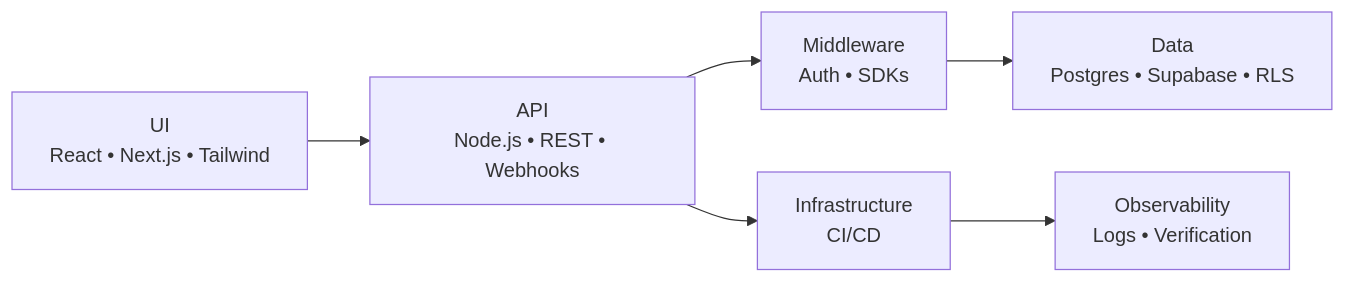
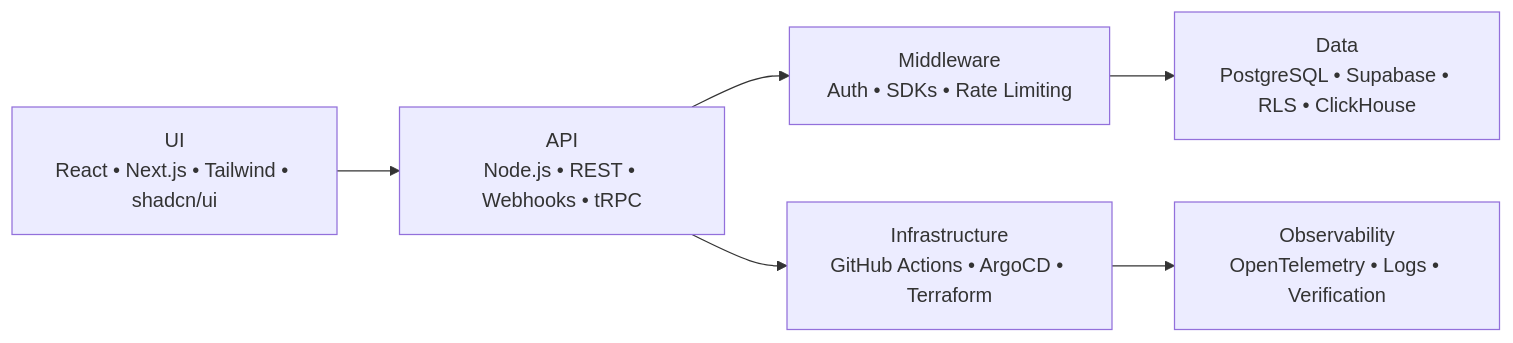
One commit to Hardonian/Hardonian changed the fifth of 5 diagrams in README.md. Above: the diagram before and after it, drawn with Mermaid. The commit also changed other lines of this file, not shown here.

````diff
--- a/README.md
+++ b/README.md
@@ -242,16 +257,16 @@
 ```mermaid
 flowchart LR
 
-UI["UI<br/>React • Next.js • Tailwind"]
-API["API<br/>Node.js • REST • Webhooks"]
-Middleware["Middleware<br/>Auth • SDKs"]
-Data["Data<br/>Postgres • Supabase • RLS"]
-Infra["Infrastructure<br/>CI/CD"]
-Obs["Observability<br/>Logs • Verification"]
+    UI["UI<br/>React • Next.js • Tailwind • shadcn/ui"]
+    API["API<br/>Node.js • REST • Webhooks • tRPC"]
+    Middleware["Middleware<br/>Auth • SDKs • Rate Limiting"]
+    Data["Data<br/>PostgreSQL • Supabase • RLS • ClickHouse"]
+    Infra["Infrastructure<br/>GitHub Actions • ArgoCD • Terraform"]
+    Obs["Observability<br/>OpenTelemetry • Logs • Verification"]
 
-UI --> API
-API --> Middleware
-Middleware --> Data
-API --> Infra
-Infra --> Obs
+    UI --> API
+    API --> Middleware
+    Middleware --> Data
+    API --> Infra
+    Infra --> Obs
 ```
````
